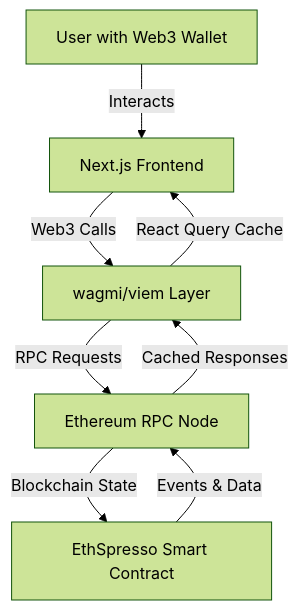
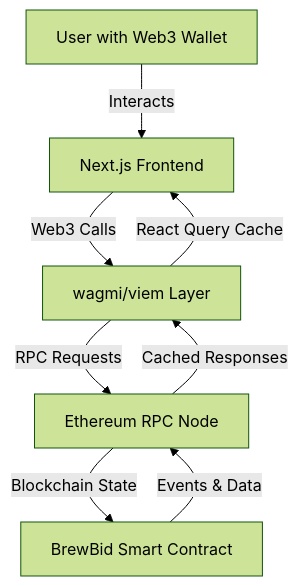
Before and after one commit to KB2410/EthSpresso: the diagram in .kiro/specs/eth-spresso/design.md, drawn with Mermaid (forest theme). The commit also changed other lines of this file and 920 other files, not shown here.

Commit message:
rebrand: project renamed to BrewBid

````diff
--- a/.kiro/specs/eth-spresso/design.md
+++ b/.kiro/specs/eth-spresso/design.md
@@ -21,16 +21,16 @@
 ```mermaid
 graph TB
     User[User with Web3 Wallet]
     Frontend[Next.js Frontend]
     Wagmi[wagmi/viem Layer]
     RPC[Ethereum RPC Node]
-    Contract[EthSpresso Smart Contract]
+    Contract[BrewBid Smart Contract]
     
     User -->|Interacts| Frontend
     Frontend -->|Web3 Calls| Wagmi
     Wagmi -->|RPC Requests| RPC
     RPC -->|Blockchain State| Contract
     Contract -->|Events & Data| RPC
     RPC -->|Cached Responses| Wagmi
     Wagmi -->|React Query Cache| Frontend
 ```
````
